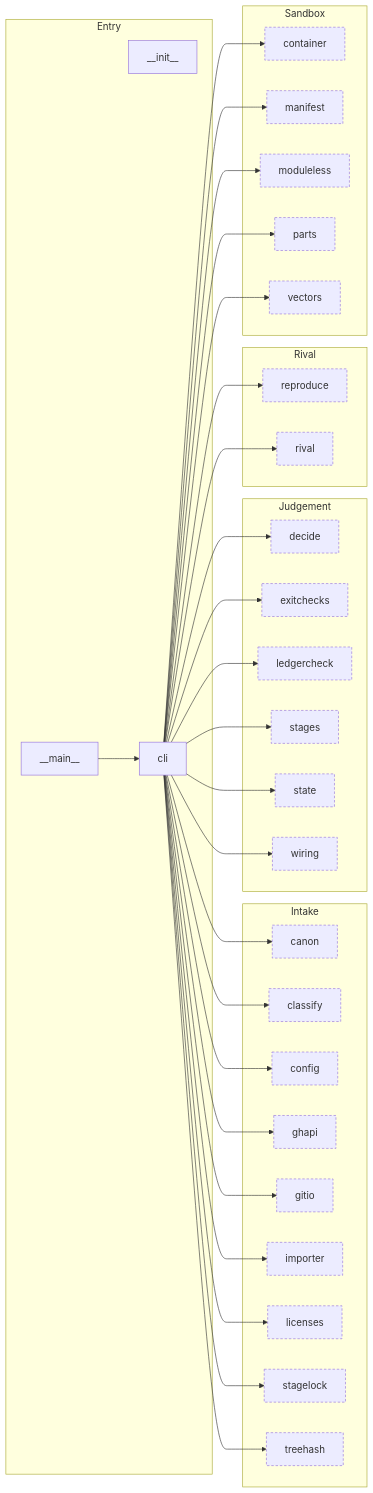
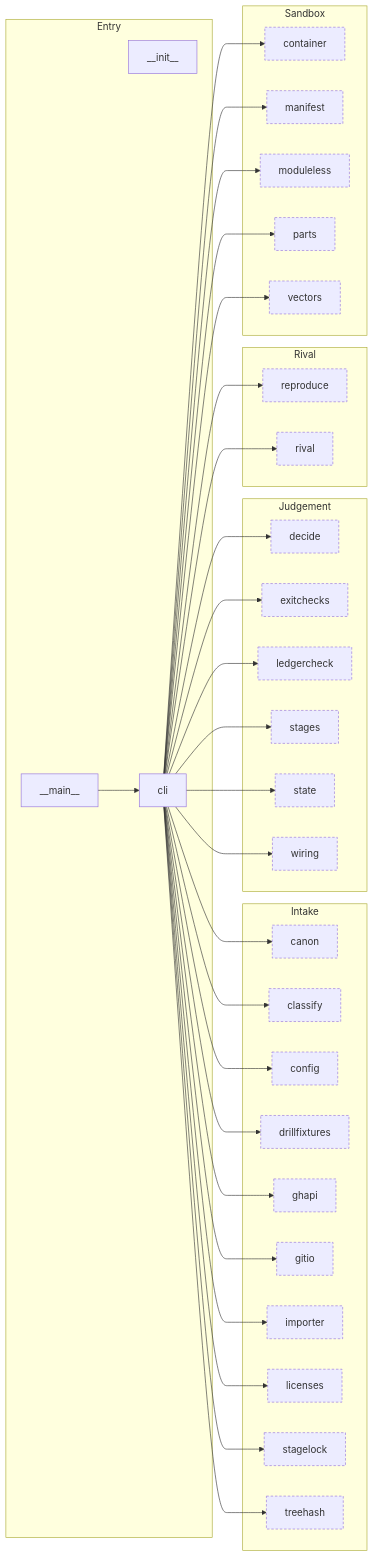
Before and after one commit to Okan-wqm/snowball-mcp: the third of 8 diagrams in docs/harita.md, drawn with Mermaid. The commit also changed other lines of this file and 2 other files, not shown here.

````diff
--- a/docs/harita.md
+++ b/docs/harita.md
@@ -110,62 +110,64 @@
 ```mermaid
 flowchart LR
   subgraph a_Entry["Entry"]
     m___init__["__init__"]
     m___main__["__main__"]
     m_cli["cli"]
   end
   subgraph a_Intake["Intake"]
     m_canon["canon"]:::outside
     m_classify["classify"]:::outside
     m_config["config"]:::outside
+    m_drillfixtures["drillfixtures"]:::outside
     m_ghapi["ghapi"]:::outside
     m_gitio["gitio"]:::outside
     m_importer["importer"]:::outside
     m_licenses["licenses"]:::outside
     m_stagelock["stagelock"]:::outside
     m_treehash["treehash"]:::outside
   end
   subgraph a_Judgement["Judgement"]
     m_decide["decide"]:::outside
     m_exitchecks["exitchecks"]:::outside
     m_ledgercheck["ledgercheck"]:::outside
     m_stages["stages"]:::outside
     m_state["state"]:::outside
     m_wiring["wiring"]:::outside
   end
   subgraph a_Rival["Rival"]
     m_reproduce["reproduce"]:::outside
     m_rival["rival"]:::outside
   end
   subgraph a_Sandbox["Sandbox"]
     m_container["container"]:::outside
     m_manifest["manifest"]:::outside
     m_moduleless["moduleless"]:::outside
     m_parts["parts"]:::outside
     m_vectors["vectors"]:::outside
   end
   m___main__ --> m_cli
   m_cli --> m_canon
   m_cli --> m_classify
   m_cli --> m_config
   m_cli --> m_container
   m_cli --> m_decide
+  m_cli --> m_drillfixtures
   m_cli --> m_exitchecks
   m_cli --> m_ghapi
   m_cli --> m_gitio
   m_cli --> m_importer
   m_cli --> m_ledgercheck
   m_cli --> m_licenses
   m_cli --> m_manifest
   m_cli --> m_moduleless
   m_cli --> m_parts
   m_cli --> m_reproduce
   m_cli --> m_rival
   m_cli --> m_stagelock
   m_cli --> m_stages
   m_cli --> m_state
   m_cli --> m_treehash
   m_cli --> m_vectors
   m_cli --> m_wiring
   classDef outside stroke-dasharray: 4 3
 ```
````
